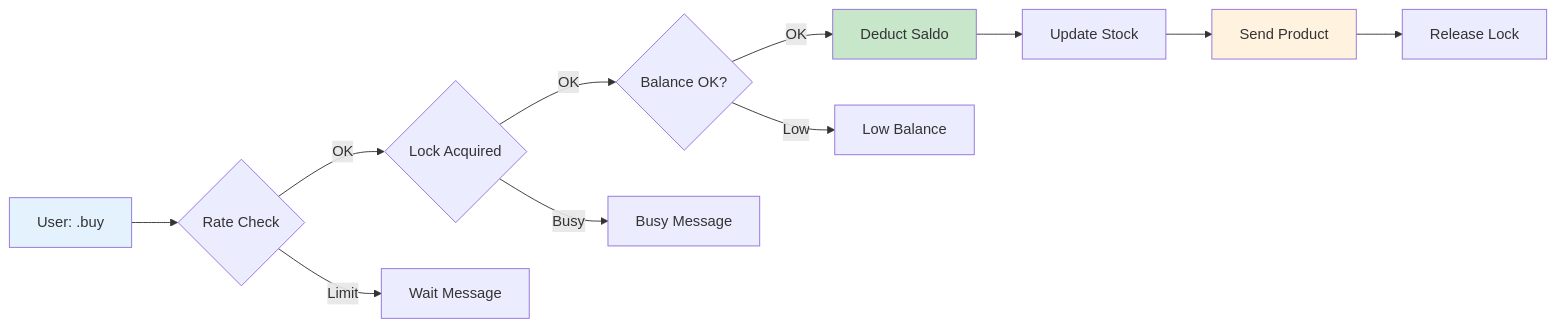
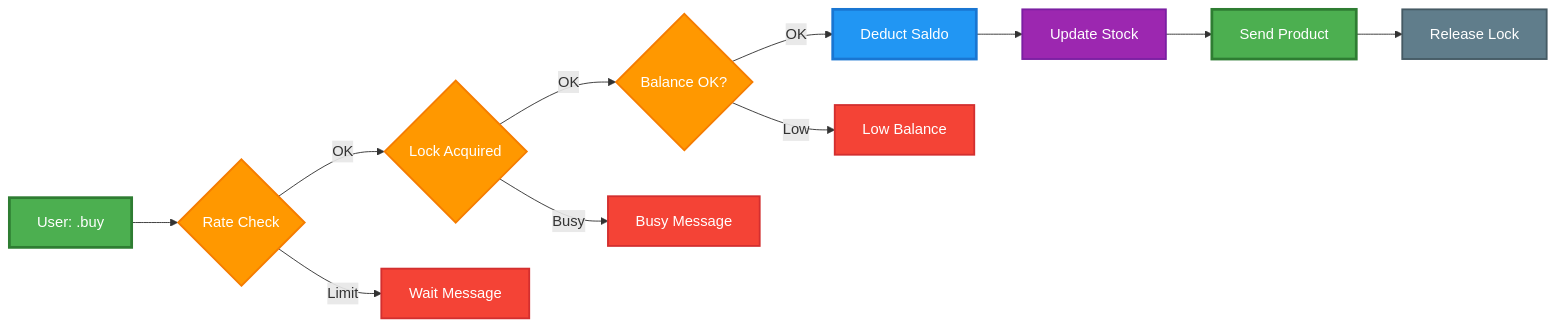
The second of 3 diagrams in README.md (nicolaananda/bot-wa), drawn with Mermaid before and after one commit. The commit also changed other lines of this file, not shown here.

First line of the commit message:
🎨 Add vibrant colors to payment flow diagrams

````diff
--- a/README.md
+++ b/README.md
@@ -147,17 +147,25 @@
 ```mermaid
 flowchart LR
     A["User: .buy"] --> B{"Rate Check"}
     B -->|"OK"| C{"Lock Acquired"}
     B -->|"Limit"| D["Wait Message"]
     C -->|"OK"| E{"Balance OK?"}
     C -->|"Busy"| F["Busy Message"]
     E -->|"OK"| G["Deduct Saldo"]
     E -->|"Low"| H["Low Balance"]
     G --> I["Update Stock"]
     I --> J["Send Product"]
     J --> K["Release Lock"]
     
-    style A fill:#e3f2fd
-    style G fill:#c8e6c9
-    style J fill:#fff3e0
+    style A fill:#4CAF50,stroke:#2E7D32,stroke-width:3px,color:#fff
+    style B fill:#FF9800,stroke:#F57C00,stroke-width:2px,color:#fff
+    style C fill:#FF9800,stroke:#F57C00,stroke-width:2px,color:#fff
+    style D fill:#F44336,stroke:#D32F2F,stroke-width:2px,color:#fff
+    style E fill:#FF9800,stroke:#F57C00,stroke-width:2px,color:#fff
+    style F fill:#F44336,stroke:#D32F2F,stroke-width:2px,color:#fff
+    style G fill:#2196F3,stroke:#1976D2,stroke-width:3px,color:#fff
+    style H fill:#F44336,stroke:#D32F2F,stroke-width:2px,color:#fff
+    style I fill:#9C27B0,stroke:#7B1FA2,stroke-width:2px,color:#fff
+    style J fill:#4CAF50,stroke:#2E7D32,stroke-width:3px,color:#fff
+    style K fill:#607D8B,stroke:#455A64,stroke-width:2px,color:#fff
 ```
````
